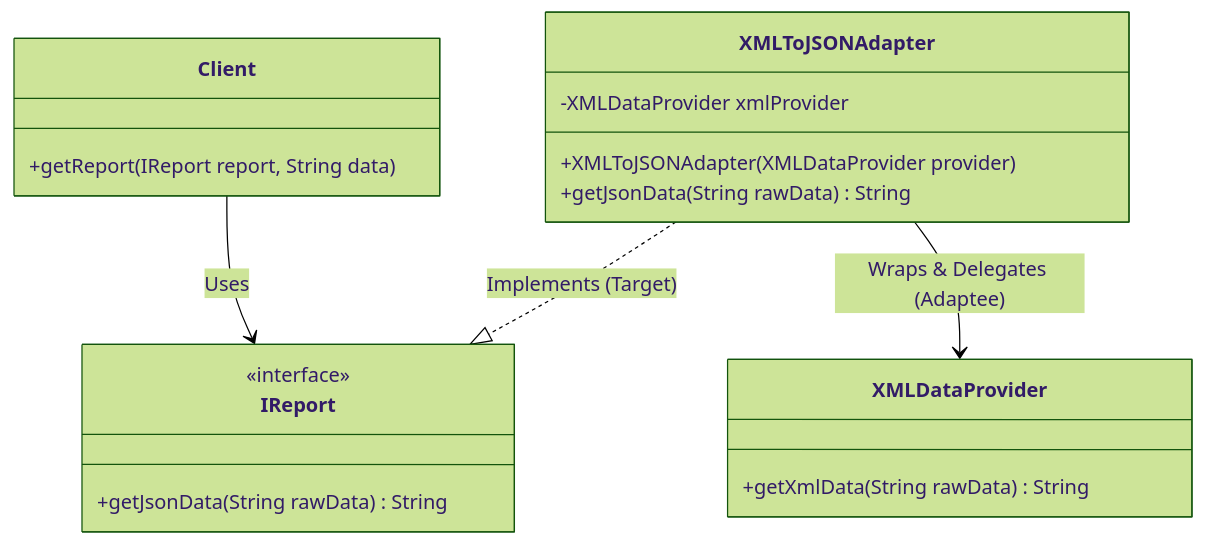
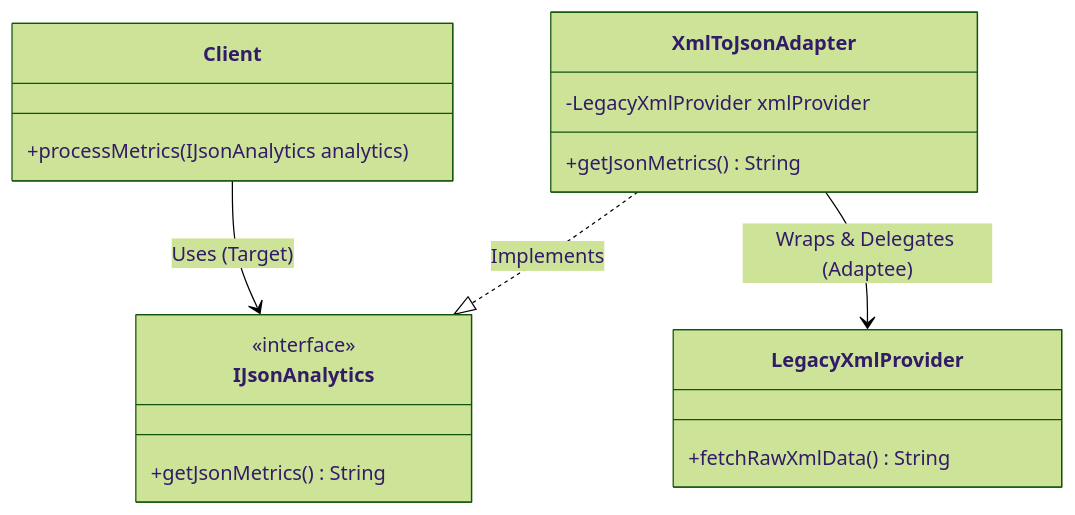
One commit to rohithgowda18/Notes changed the first of 2 diagrams in 04-OOPs-and-Design-Patterns/03-Design-Patterns/16-Adapter-Design-Pattern.md. Above: the diagram before and after it, drawn with Mermaid (forest theme). The commit also changed other lines of this file and 17 other files, not shown here.

Commit message:
docs(lld): enrich notes with deep architectural analysis, diagrams, anti-patterns & code

````diff
--- a/04-OOPs-and-Design-Patterns/03-Design-Patterns/16-Adapter-Design-Pattern.md
+++ b/04-OOPs-and-Design-Patterns/03-Design-Patterns/16-Adapter-Design-Pattern.md
@@ -21,22 +18,21 @@
 ```mermaid
 classDiagram
     class Client {
-        +getReport(IReport report, String data)
+        +processMetrics(IJsonAnalytics analytics)
     }
-    class IReport {
+    class IJsonAnalytics {
         <<interface>>
-        +getJsonData(String rawData) String
+        +getJsonMetrics() String
     }
-    class XMLDataProvider {
-        +getXmlData(String rawData) String
+    class XmlToJsonAdapter {
+        -LegacyXmlProvider xmlProvider
+        +getJsonMetrics() String
     }
-    class XMLToJSONAdapter {
-        -XMLDataProvider xmlProvider
-        +XMLToJSONAdapter(XMLDataProvider provider)
-        +getJsonData(String rawData) String
+    class LegacyXmlProvider {
+        +fetchRawXmlData() String
     }
 
-    Client --> IReport : Uses
-    XMLToJSONAdapter ..|> IReport : Implements (Target)
-    XMLToJSONAdapter --> XMLDataProvider : Wraps & Delegates (Adaptee)
+    Client --> IJsonAnalytics : Uses (Target)
+    XmlToJsonAdapter ..|> IJsonAnalytics : Implements
+    XmlToJsonAdapter --> LegacyXmlProvider : Wraps & Delegates (Adaptee)
 ```
````
